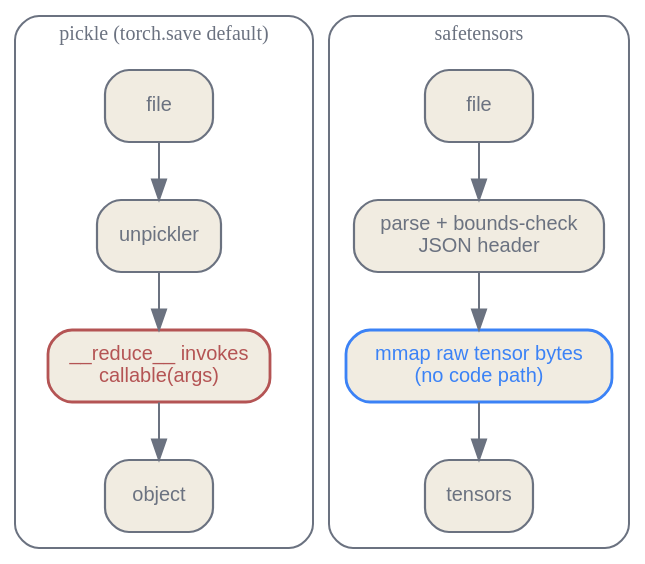
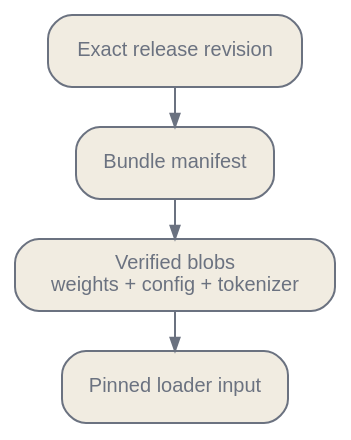
Before and after one commit to latere-ai/ai-as-an-infrastructure: the first of 3 diagrams in en/ecosystem/02-model-artifacts.qmd, drawn with Graphviz. The commit also changed other lines of this file and 3 other files, not shown here.

Commit message:
docs: rewrite model artifact supply chain

````diff
--- a/en/ecosystem/02-model-artifacts.qmd
+++ b/en/ecosystem/02-model-artifacts.qmd
@@ -28,30 +17,19 @@
 ```{dot}
-//| label: fig-model-artifacts-loadpaths
-//| fig-cap: "Two load paths. The pickle path reconstructs objects by invoking callables the file names, so loading is code execution and safety depends on a scanner. The safetensors path parses a bounds-checked header and maps raw bytes, so there is no code path to exploit."
-digraph loadpaths {
+//| label: fig-artifact-bundle
+//| fig-cap: "A model release resolves to a bundle. The exact revision selects a manifest, the manifest names every required blob, and the loader consumes only that verified set. A weight filename alone does not identify the deployed model."
+digraph artifact_bundle {
   bgcolor="transparent";
   rankdir=TB;
-  nodesep=0.4; ranksep=0.4;
-  node [shape=box, style="rounded,filled", fontname="Helvetica", fontsize=10, color="#6b7280", fontcolor="#6b7280", fillcolor="#f1ece1", penwidth=1.1];
-  edge [fontsize=9, fontname="Helvetica", color="#6b7280", fontcolor="#6b7280"];
-
-  subgraph cluster_pickle {
-    label="pickle (torch.save default)";
-    style=rounded; color="#6b7280"; fontcolor="#6b7280"; fontsize=10;
-    pf [label="file"];
-    pu [label="unpickler"];
-    pr [label="__reduce__ invokes\ncallable(args)", color="#b45454", fontcolor="#b45454", penwidth=1.4];
-    po [label="object"];
-    pf -> pu -> pr -> po;
-  }
-  subgraph cluster_st {
-    label="safetensors";
-    style=rounded; color="#6b7280"; fontcolor="#6b7280"; fontsize=10;
-    sf [label="file"];
-    sh [label="parse + bounds-check\nJSON header"];
-    sm [label="mmap raw tensor bytes\n(no code path)", color="#3b82f6", fontcolor="#3b82f6", penwidth=1.4];
-    st [label="tensors"];
-    sf -> sh -> sm -> st;
-  }
+  nodesep=0.16;
+  ranksep=0.28;
+  node [shape=box, style="rounded,filled", fontname="Helvetica", fontsize=10,
+        color="#6b7280", fontcolor="#6b7280", fillcolor="#f1ece1",
+        margin="0.12,0.08"];
+  edge [color="#6b7280", arrowsize=0.65];
+  R [label="Exact release revision"];
+  M [label="Bundle manifest"];
+  B [label="Verified blobs\nweights + config + tokenizer"];
+  L [label="Pinned loader input"];
+  R -> M -> B -> L;
 }
 ```
````
